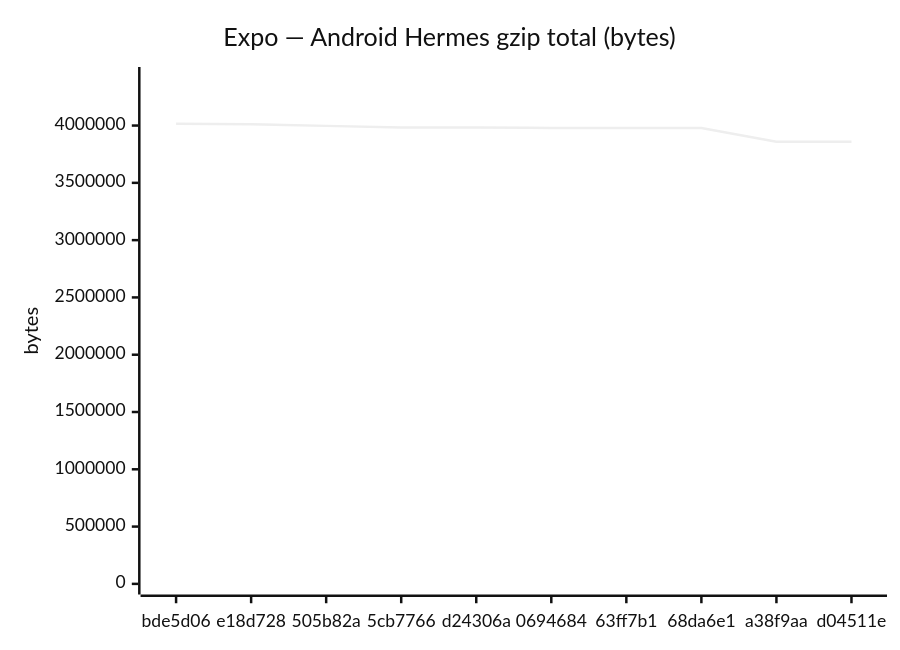
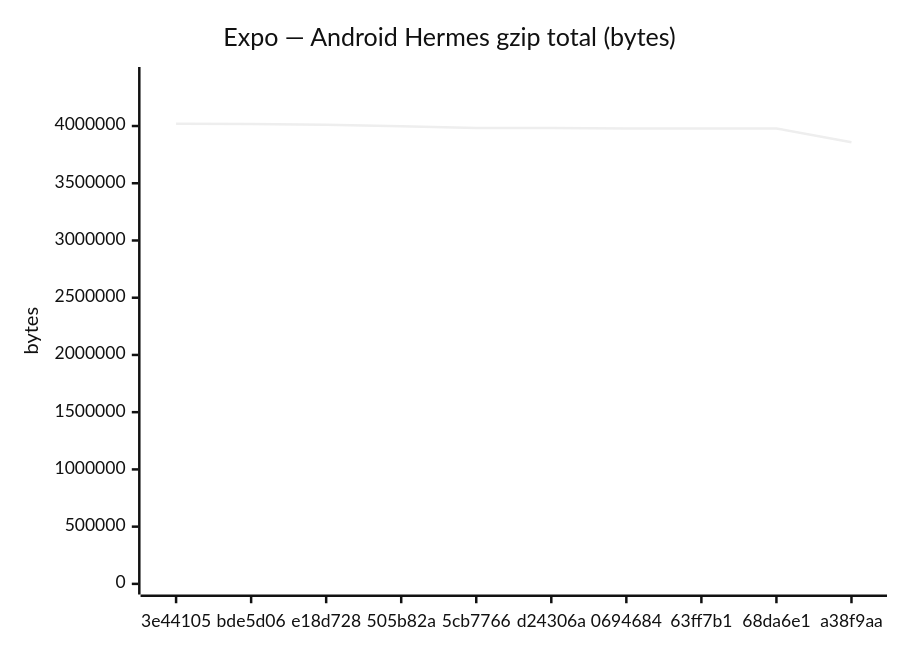
One commit to Metaheurist/Rianell changed the fifth of 18 diagrams in benchmarks/compare.md. Above: the diagram before and after it, drawn with Mermaid (neutral theme). The commit also changed other lines of this file and 11 other files, not shown here.

````diff
--- a/benchmarks/compare.md
+++ b/benchmarks/compare.md
@@ -89,7 +89,7 @@
 ```mermaid
 xychart-beta
     title "Expo — Android Hermes gzip total (bytes)"
-    x-axis ["bde5d06", "e18d728", "505b82a", "5cb7766", "d24306a", "0694684", "63ff7b1", "68da6e1", "a38f9aa", "d04511e"]
-    y-axis "bytes" 0 --> 4418328
-    line [4016661, 4010565, 3997221, 3982594, 3982590, 3979178, 3979178, 3979178, 3858192, 3858192]
+    x-axis ["3e44105", "bde5d06", "e18d728", "505b82a", "5cb7766", "d24306a", "0694684", "63ff7b1", "68da6e1", "a38f9aa"]
+    y-axis "bytes" 0 --> 4422759
+    line [4020690, 4016661, 4010565, 3997221, 3982594, 3982590, 3979178, 3979178, 3979178, 3858192]
 ```
````
